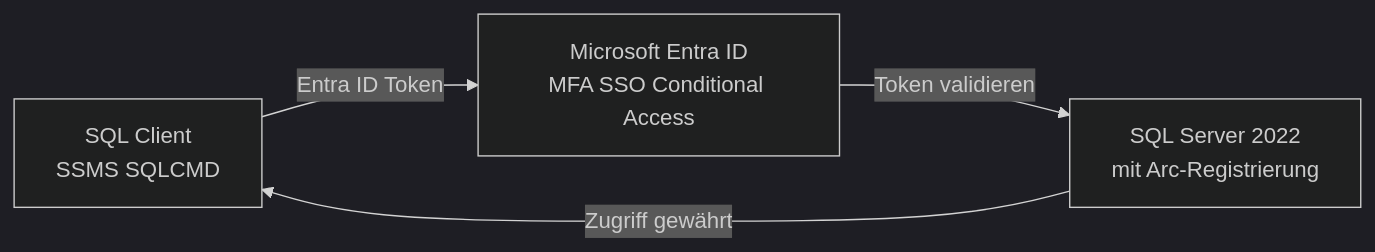
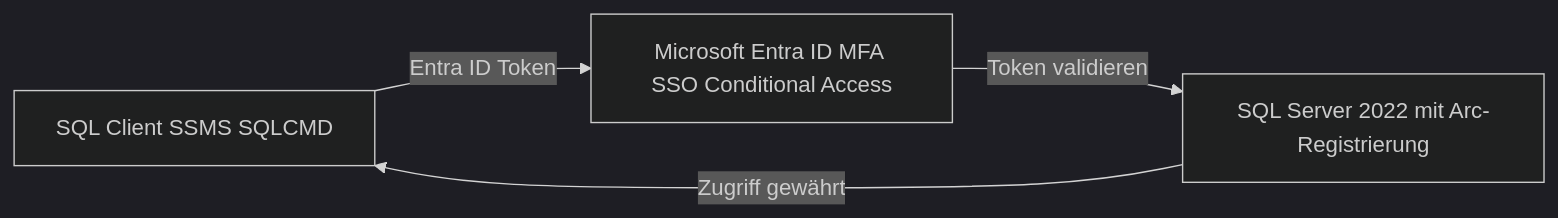
The fourth of 7 diagrams in Microsoft 365/Azure/Arc/Arc-fähige SQL Server.md (SoniiiT/notes-n-docs), drawn with Mermaid (dark theme) before and after one commit. The commit also changed other lines of this file and 124 other files, not shown here.

First line of the commit message:
fix: Entferne \n aus allen Mermaid-Diagrammen (125 Dateien)

````diff
--- a/Microsoft 365/Azure/Arc/Arc-fähige SQL Server.md
+++ b/Microsoft 365/Azure/Arc/Arc-fähige SQL Server.md
@@ -205,10 +205,10 @@
 ```mermaid
 graph LR
-    CLIENT[SQL Client\nSSMS SQLCMD]
-    ENTRA[Microsoft Entra ID\nMFA SSO Conditional Access]
-    SQL22[SQL Server 2022\nmit Arc-Registrierung]
+    CLIENT[SQL Client SSMS SQLCMD]
+    ENTRA[Microsoft Entra ID MFA SSO Conditional Access]
+    SQL22[SQL Server 2022 mit Arc-Registrierung]
 
     CLIENT -->|Entra ID Token| ENTRA
     ENTRA -->|Token validieren| SQL22
     SQL22 -->|Zugriff gewährt| CLIENT
 ```
````
